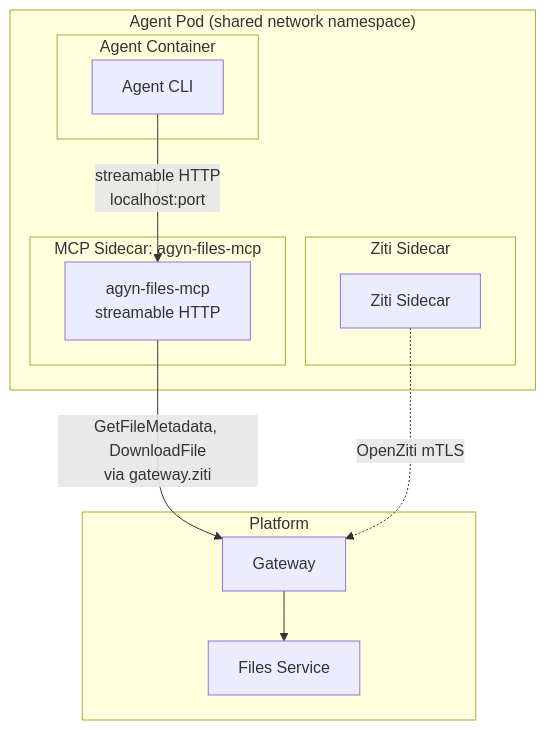
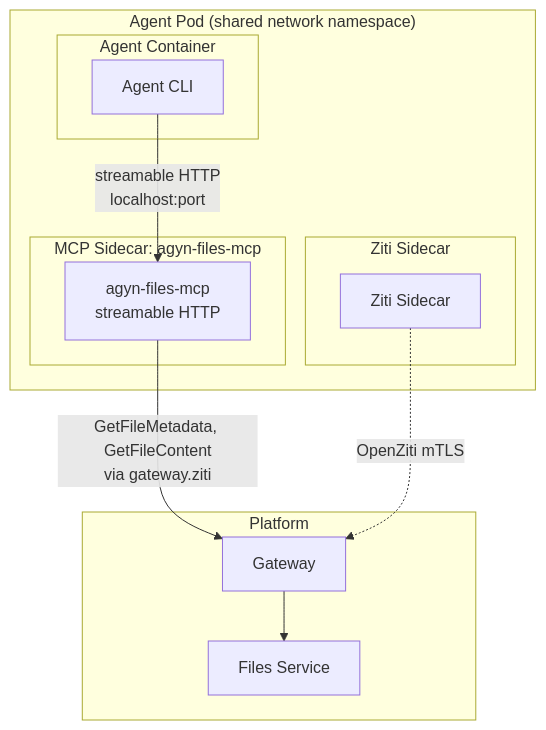
One commit to agynio/architecture changed the first of 2 diagrams in architecture/agyn-files-mcp.md. Above: the diagram before and after it, drawn with Mermaid. The commit also changed other lines of this file and 2 other files, not shown here.

Commit message:
rename: DownloadFile → GetFileContent

````diff
--- a/architecture/agyn-files-mcp.md
+++ b/architecture/agyn-files-mcp.md
@@ -16,26 +16,26 @@
 ```mermaid
 graph TB
     subgraph "Agent Pod (shared network namespace)"
         subgraph "Agent Container"
             AgentCLI[Agent CLI]
         end
 
         subgraph "MCP Sidecar: agyn-files-mcp"
             FilesMCP[agyn-files-mcp<br/>streamable HTTP]
         end
 
         subgraph "Ziti Sidecar"
             Ziti[Ziti Sidecar]
         end
     end
 
     subgraph Platform
         Gateway
         Files[Files Service]
     end
 
     AgentCLI -->|streamable HTTP<br/>localhost:port| FilesMCP
-    FilesMCP -->|GetFileMetadata, DownloadFile<br/>via gateway.ziti| Gateway
+    FilesMCP -->|GetFileMetadata, GetFileContent<br/>via gateway.ziti| Gateway
     Gateway --> Files
     Ziti -.->|OpenZiti mTLS| Gateway
 ```
````
